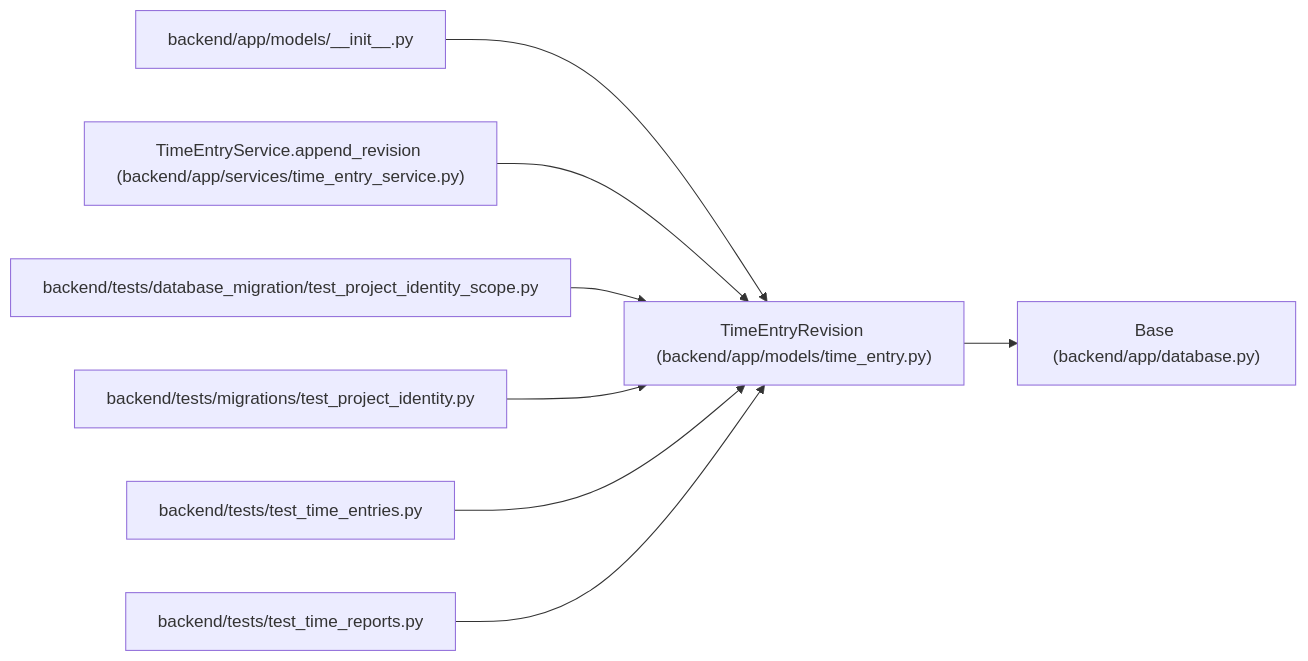
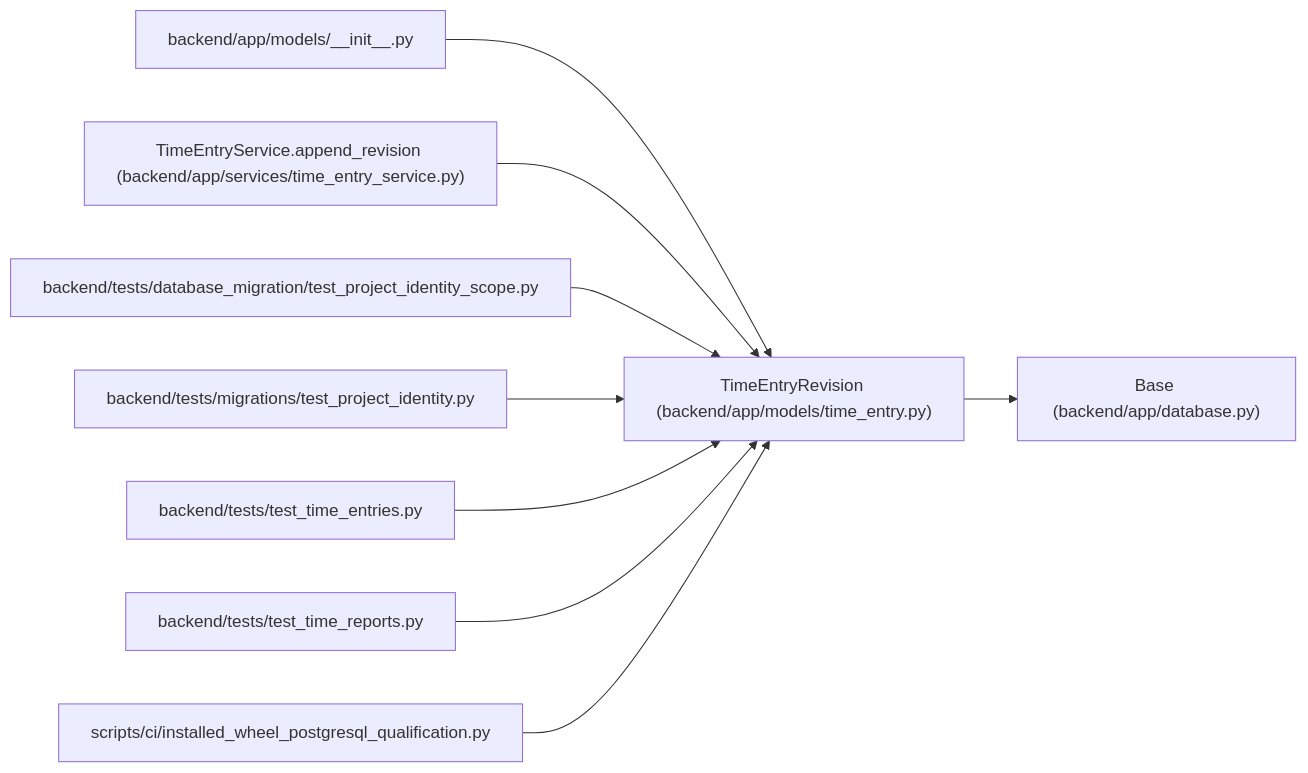
The diagram in docs/llm_wiki/entities/TimeEntryRevision.md (Denissvgn/WorkChord), drawn with Mermaid before and after one commit. The commit also changed other lines of this file and 271 other files, not shown here.

````diff
--- a/docs/llm_wiki/entities/TimeEntryRevision.md
+++ b/docs/llm_wiki/entities/TimeEntryRevision.md
@@ -36,26 +36,29 @@
 ```mermaid
 flowchart LR
     n0["TimeEntryRevision (backend/app/models/time_entry.py)"]
     n1["Base (backend/app/database.py)"]
     n2["backend/app/models/__init__.py"]
     n3["TimeEntryService.append_revision (backend/app/services/time_entry_service.py)"]
     n4["backend/tests/database_migration/test_project_identity_scope.py"]
     n5["backend/tests/migrations/test_project_identity.py"]
     n6["backend/tests/test_time_entries.py"]
     n7["backend/tests/test_time_reports.py"]
+    n8["scripts/ci/installed_wheel_postgresql_qualification.py"]
     n0 --> n1
     n2 --> n0
     n3 --> n0
     n4 --> n0
     n5 --> n0
     n6 --> n0
     n7 --> n0
+    n8 --> n0
     click n0 "../modules/models_time_entry.md"
     click n1 "../modules/app_database.md"
     click n2 "../modules/models___init__.md"
     click n3 "../modules/time_entry_service.md"
     click n4 "../modules/test_project_identity_scope.md"
     click n5 "../modules/test_project_identity.md"
     click n6 "../modules/test_time_entries.md"
     click n7 "../modules/test_time_reports.md"
+    click n8 "../modules/installed_wheel_postgresql_qualification.md"
 ```
````
